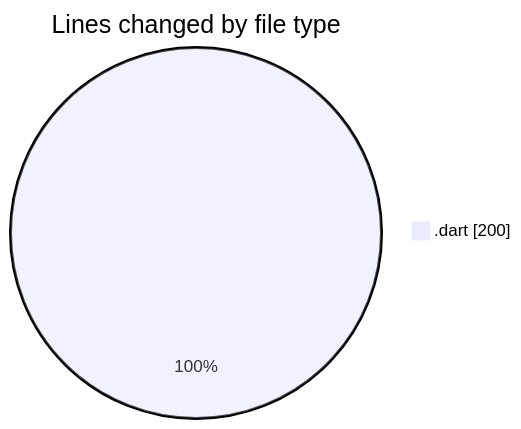
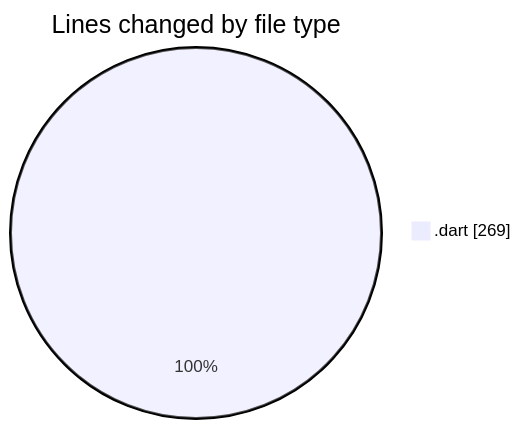
The first of 2 diagrams in 2025-01-24/trackers_app/README.md (donsfak/code-tracking), drawn with Mermaid before and after one commit. The commit also changed other lines of this file and 1 other file, not shown here.

````diff
--- a/2025-01-24/trackers_app/README.md
+++ b/2025-01-24/trackers_app/README.md
@@ -21,5 +22,5 @@
 ```mermaid
 pie showData
 title Lines changed by file type
-".dart" : 200
+".dart" : 269
 ```
````
